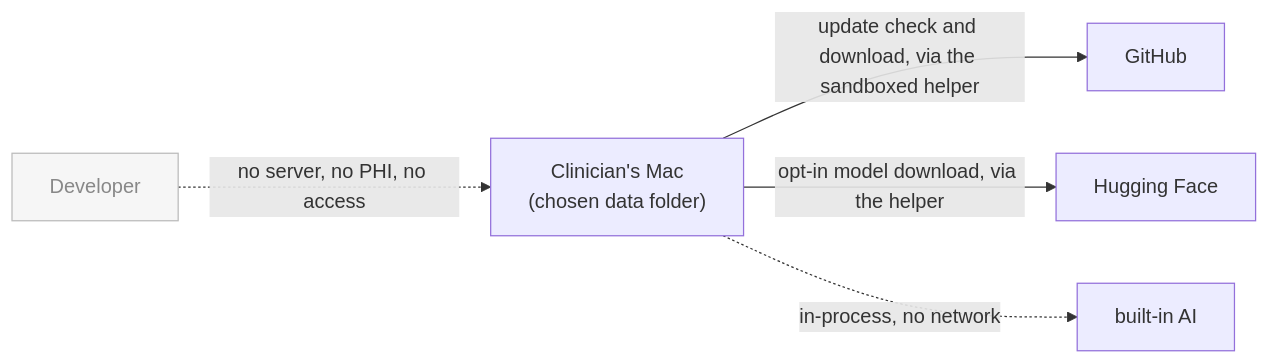
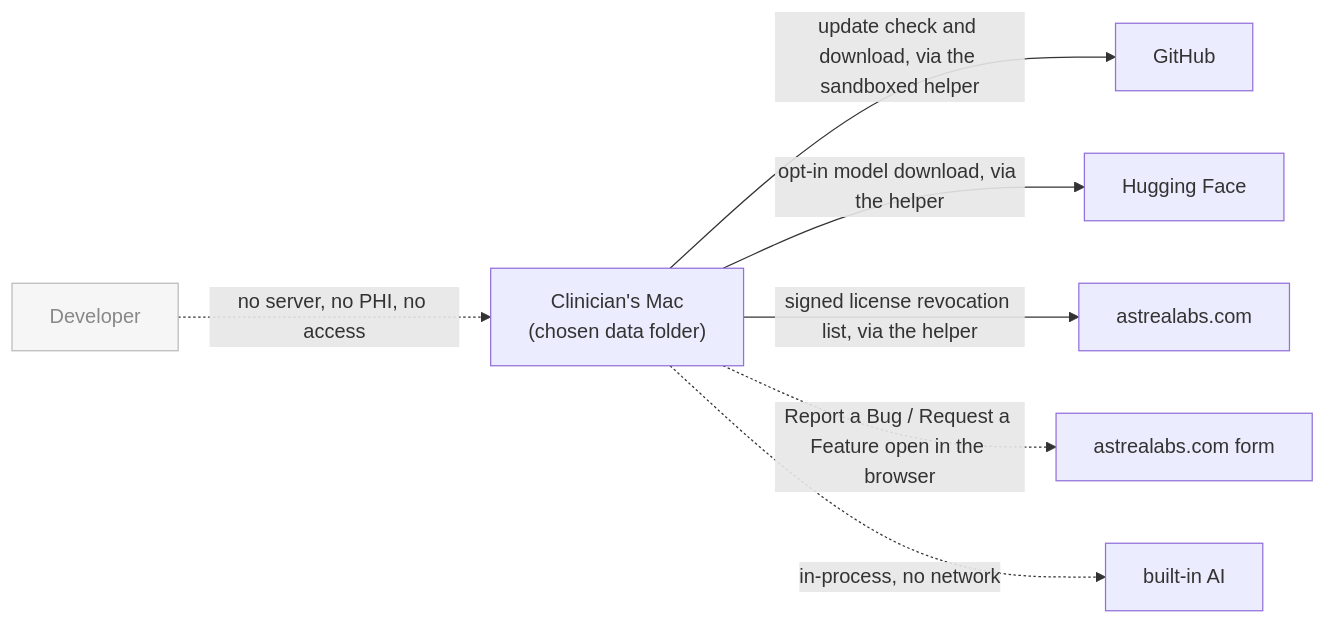
One commit to mgwedd/aletheia changed the diagram in docs/HIPAA-SAFEGUARDS.md. Above: the diagram before and after it, drawn with Mermaid. The commit also changed other lines of this file and 41 other files, not shown here.

````diff
--- a/docs/HIPAA-SAFEGUARDS.md
+++ b/docs/HIPAA-SAFEGUARDS.md
@@ -22,10 +22,12 @@
 ```mermaid
 flowchart LR
     C["Clinician's Mac<br/>(chosen data folder)"]
     C -->|"update check and download, via the sandboxed helper"| U["GitHub"]
     C -->|"opt-in model download, via the helper"| M["Hugging Face"]
+    C -->|"signed license revocation list, via the helper"| L["astrealabs.com"]
+    C -.->|"Report a Bug / Request a Feature open in the browser"| F["astrealabs.com form"]
     C -.->|in-process, no network| O["built-in AI"]
     D["Developer"]:::none
     classDef none fill:#f6f6f6,stroke:#bbb,color:#888;
     D -. "no server, no PHI, no access" .-> C
 ```
````
